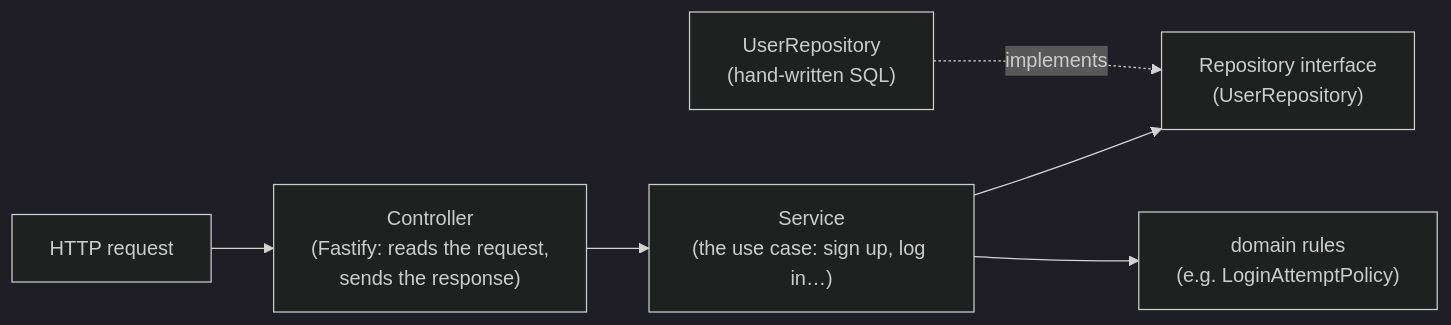
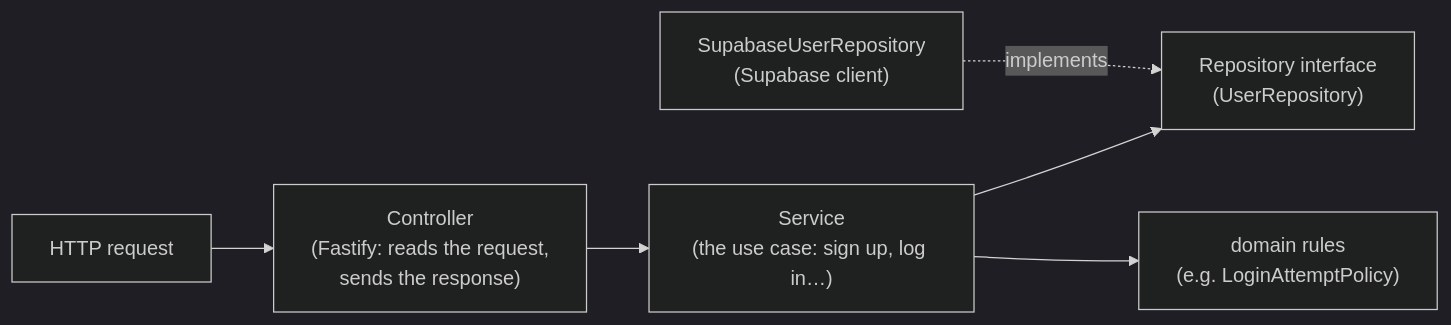
Before and after one commit to MESW-LES-2627/les-project-group-5: the third of 3 diagrams in docs/developer-guide.md, drawn with Mermaid (dark theme). The commit also changed other lines of this file and 12 other files, not shown here.

````diff
--- a/docs/developer-guide.md
+++ b/docs/developer-guide.md
@@ -130,8 +148,8 @@
 ```mermaid
 flowchart LR
   http["HTTP request"] --> c["Controller<br/>(Fastify: reads the request,<br/>sends the response)"]
   c --> s["Service<br/>(the use case: sign up, log in…)"]
   s --> ri["Repository interface<br/>(UserRepository)"]
-  sql["UserRepository<br/>(hand-written SQL)"] -. implements .-> ri
+  sql["SupabaseUserRepository<br/>(Supabase client)"] -. implements .-> ri
   s --> d["domain rules<br/>(e.g. LoginAttemptPolicy)"]
 ```
````
